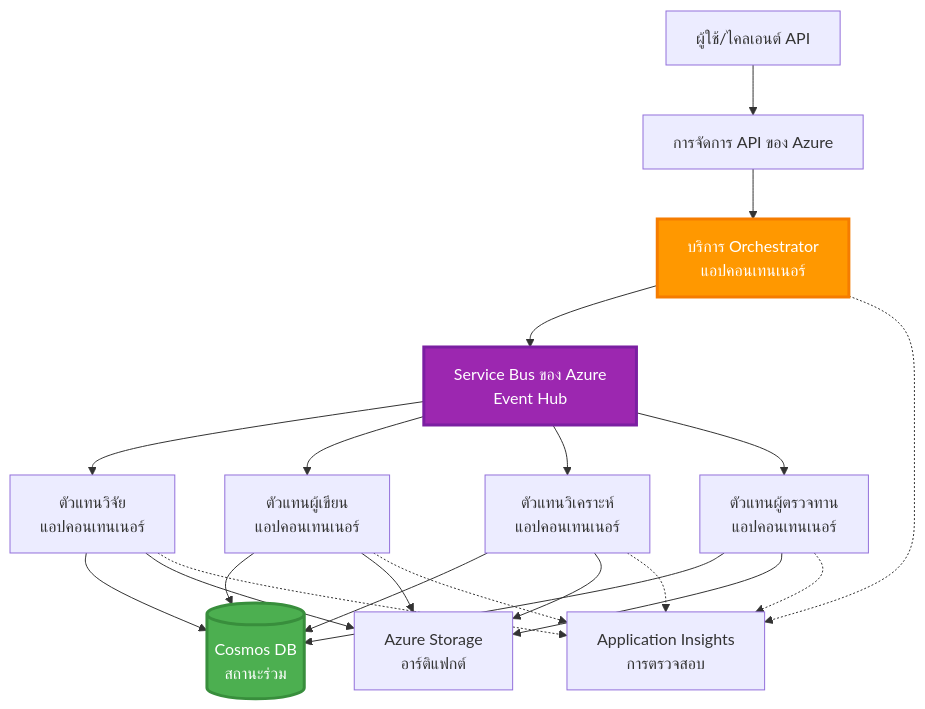
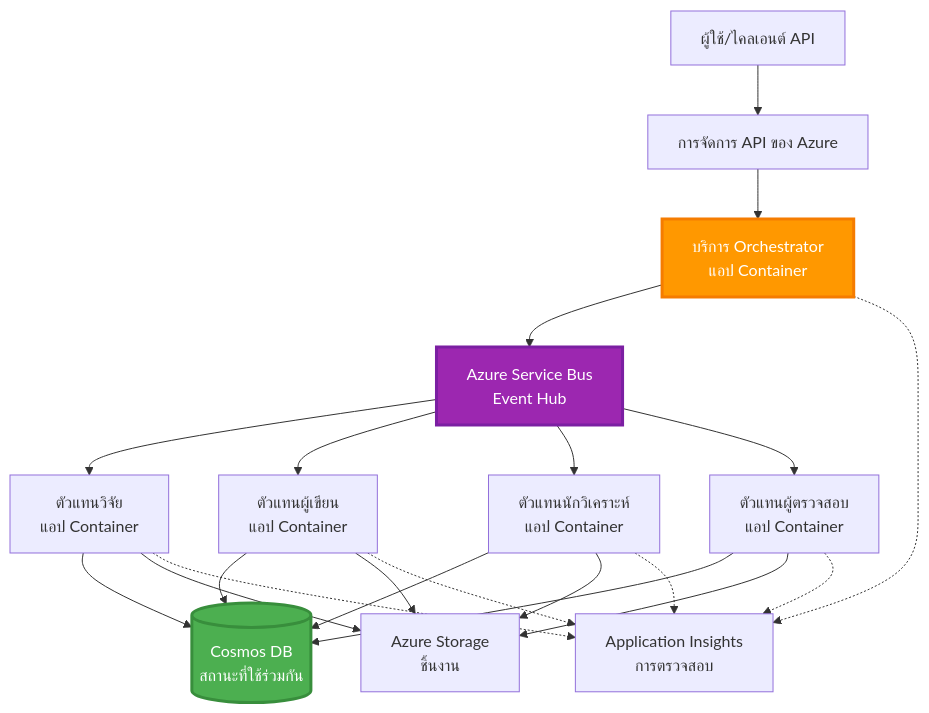
Before and after one commit to microsoft/AZD-for-beginners: the sixth of 6 diagrams in translations/th/docs/chapter-06-pre-deployment/coordination-patterns.md, drawn with Mermaid. The commit also changed other lines of this file and 101 other files, not shown here.

````diff
--- a/translations/th/docs/chapter-06-pre-deployment/coordination-patterns.md
+++ b/translations/th/docs/chapter-06-pre-deployment/coordination-patterns.md
@@ -272,45 +265,45 @@
 ```mermaid
 graph TB
     User[ผู้ใช้/ไคลเอนต์ API]
     APIM[การจัดการ API ของ Azure]
-    Orchestrator[บริการ Orchestrator<br/>แอปคอนเทนเนอร์]
-    ServiceBus[Service Bus ของ Azure<br/>Event Hub]
+    Orchestrator[บริการ Orchestrator<br/>แอป Container]
+    ServiceBus[Azure Service Bus<br/>Event Hub]
     
-    Agent1[ตัวแทนวิจัย<br/>แอปคอนเทนเนอร์]
-    Agent2[ตัวแทนผู้เขียน<br/>แอปคอนเทนเนอร์]
-    Agent3[ตัวแทนวิเคราะห์<br/>แอปคอนเทนเนอร์]
-    Agent4[ตัวแทนผู้ตรวจทาน<br/>แอปคอนเทนเนอร์]
+    Agent1[ตัวแทนวิจัย<br/>แอป Container]
+    Agent2[ตัวแทนผู้เขียน<br/>แอป Container]
+    Agent3[ตัวแทนนักวิเคราะห์<br/>แอป Container]
+    Agent4[ตัวแทนผู้ตรวจสอบ<br/>แอป Container]
     
-    CosmosDB[(Cosmos DB<br/>สถานะร่วม)]
-    Storage[Azure Storage<br/>อาร์ติแฟกต์]
+    CosmosDB[(Cosmos DB<br/>สถานะที่ใช้ร่วมกัน)]
+    Storage[Azure Storage<br/>ชิ้นงาน]
     AppInsights[Application Insights<br/>การตรวจสอบ]
     
     User --> APIM
     APIM --> Orchestrator
     
     Orchestrator --> ServiceBus
     ServiceBus --> Agent1
     ServiceBus --> Agent2
     ServiceBus --> Agent3
     ServiceBus --> Agent4
     
     Agent1 --> CosmosDB
     Agent2 --> CosmosDB
     Agent3 --> CosmosDB
     Agent4 --> CosmosDB
     
     Agent1 --> Storage
     Agent2 --> Storage
     Agent3 --> Storage
     Agent4 --> Storage
     
     Orchestrator -.-> AppInsights
     Agent1 -.-> AppInsights
     Agent2 -.-> AppInsights
     Agent3 -.-> AppInsights
     Agent4 -.-> AppInsights
     
     style Orchestrator fill:#FF9800,stroke:#F57C00,stroke-width:3px,color:#fff
     style ServiceBus fill:#9C27B0,stroke:#7B1FA2,stroke-width:3px,color:#fff
     style CosmosDB fill:#4CAF50,stroke:#388E3C,stroke-width:3px,color:#fff
 ```
````
